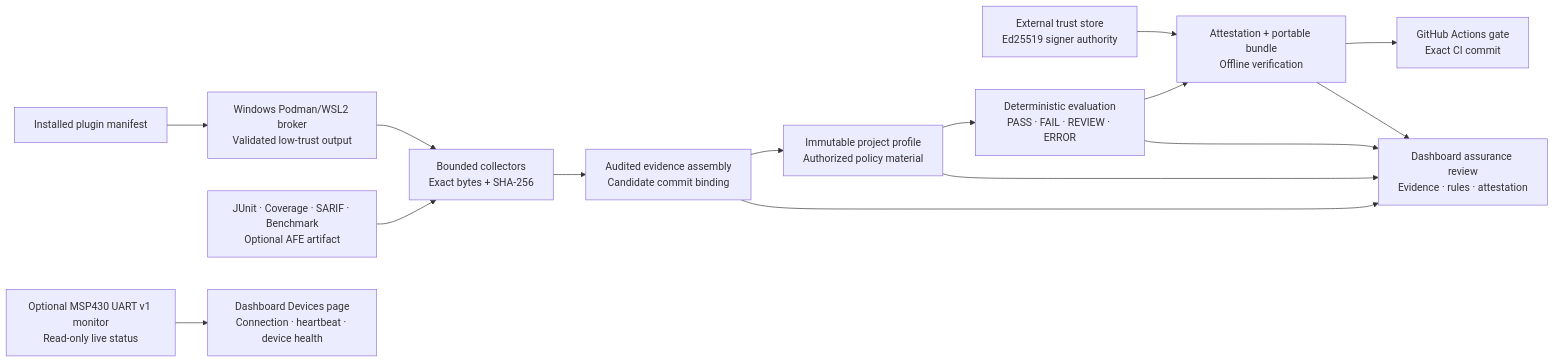
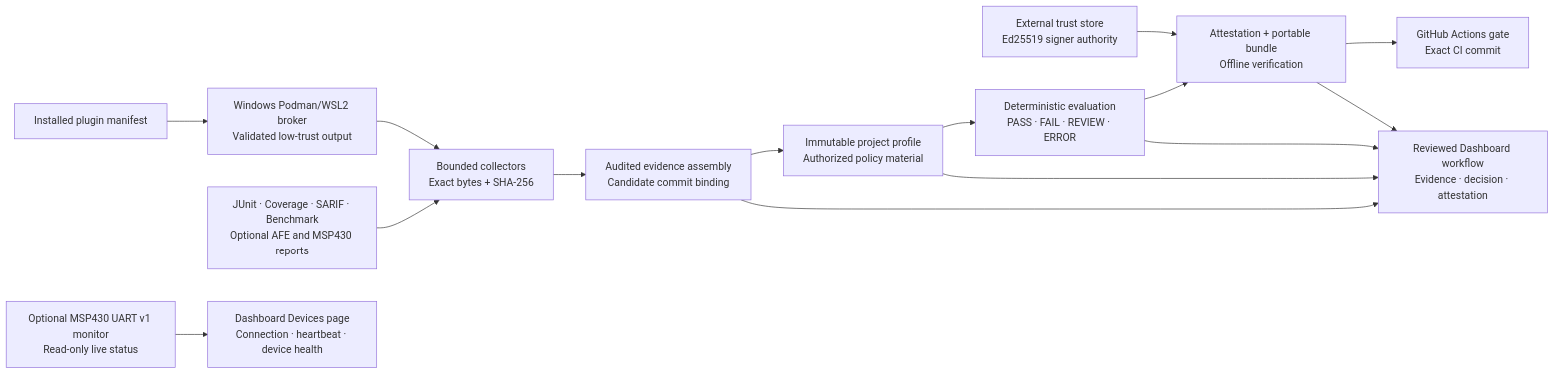
The diagram in README.md (Carlos-0798/forgegate), drawn with Mermaid before and after one commit. The commit also changed other lines of this file and 45 other files, not shown here.

First line of the commit message:
feat: add reviewed dashboard and msp430 evidence flows

````diff
--- a/README.md
+++ b/README.md
@@ -41,25 +42,25 @@
 ```mermaid
 flowchart LR
-    A["JUnit · Coverage · SARIF · Benchmark<br/>Optional AFE artifact"]
+    A["JUnit · Coverage · SARIF · Benchmark<br/>Optional AFE and MSP430 reports"]
     B["Bounded collectors<br/>Exact bytes + SHA-256"]
     C["Audited evidence assembly<br/>Candidate commit binding"]
     D["Immutable project profile<br/>Authorized policy material"]
     E["Deterministic evaluation<br/>PASS · FAIL · REVIEW · ERROR"]
     F["Attestation + portable bundle<br/>Offline verification"]
     G["GitHub Actions gate<br/>Exact CI commit"]
     H["External trust store<br/>Ed25519 signer authority"]
     I["Installed plugin manifest"]
     J["Windows Podman/WSL2 broker<br/>Validated low-trust output"]
     M["Optional MSP430 UART v1 monitor<br/>Read-only live status"]
     W["Dashboard Devices page<br/>Connection · heartbeat · device health"]
-    X["Dashboard assurance review<br/>Evidence · rules · attestation"]
+    X["Reviewed Dashboard workflow<br/>Evidence · decision · attestation"]
 
     A --> B --> C --> D --> E --> F --> G
     H --> F
     I --> J --> B
     M --> W
     C --> X
     D --> X
     E --> X
     F --> X
 ```
````
